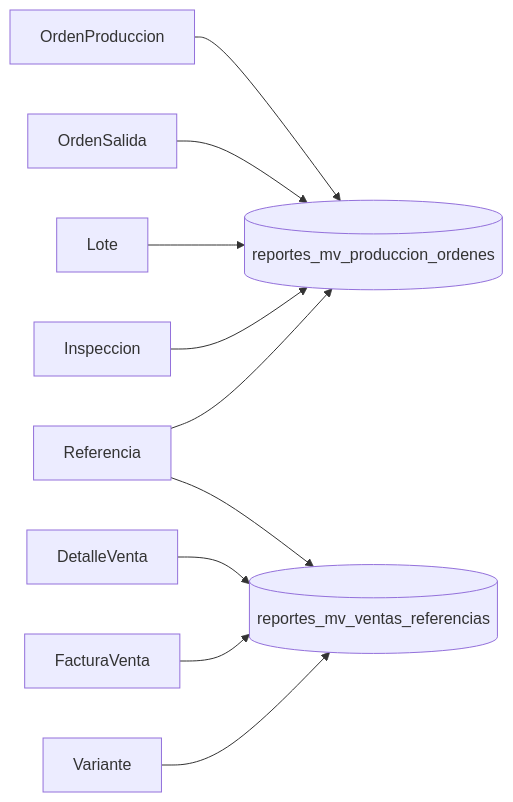
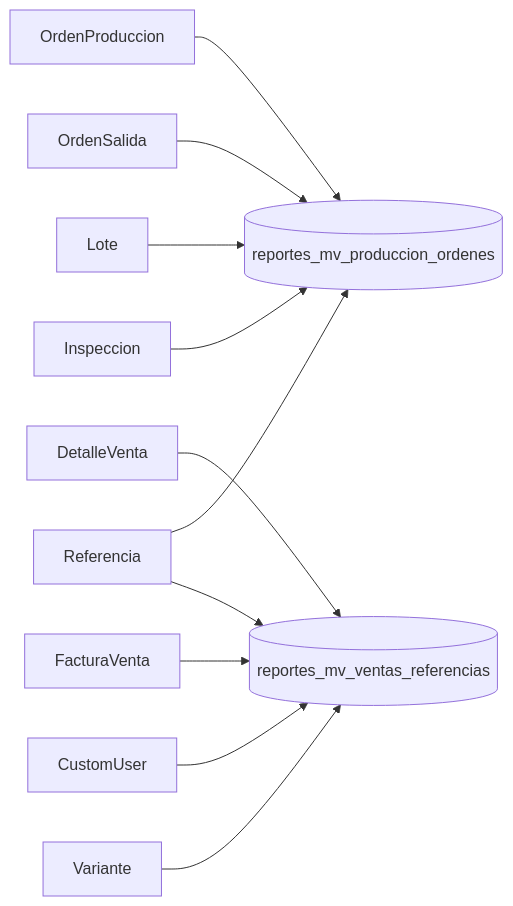
Before and after one commit to BayronVV/TexCoreERP-Backend: diagram 13 of 13 in docs/modelo-de-datos.md, drawn with Mermaid. The commit also changed other lines of this file and 28 other files, not shown here.

````diff
--- a/docs/modelo-de-datos.md
+++ b/docs/modelo-de-datos.md
@@ -2072,14 +2072,15 @@
 ```mermaid
 flowchart LR
     v0[("reportes_mv_produccion_ordenes")]
     t_produccion_orden["OrdenProduccion"] --> v0
     t_inventario_orden["OrdenSalida"] --> v0
     t_referencias_referencia["Referencia"] --> v0
     t_produccion_lote["Lote"] --> v0
     t_calidad_inspeccion["Inspeccion"] --> v0
     v1[("reportes_mv_ventas_referencias")]
     t_ventas_factura_linea["DetalleVenta"] --> v1
     t_ventas_factura["FacturaVenta"] --> v1
+    t_users_customuser["CustomUser"] --> v1
     t_referencias_variante["Variante"] --> v1
     t_referencias_referencia["Referencia"] --> v1
 ```
````
